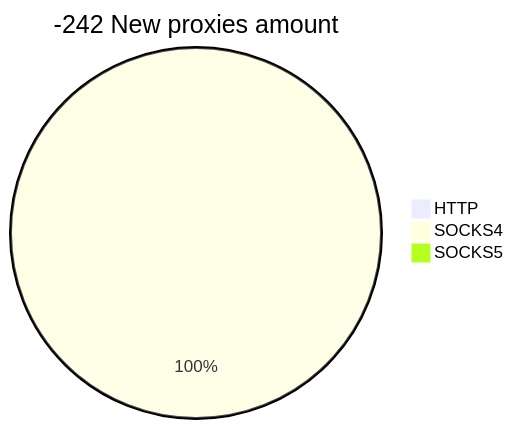
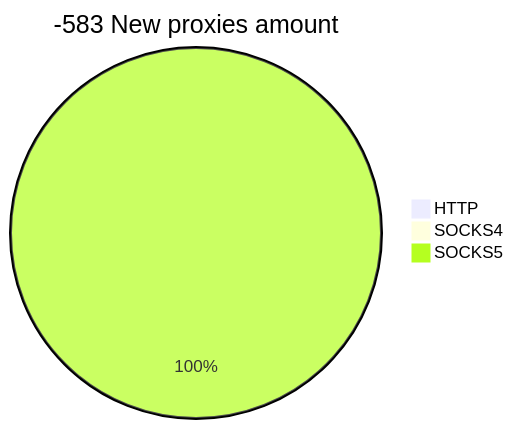
Before and after one commit to cutipu/proxylist: the second of 2 diagrams in README.md, drawn with Mermaid. The commit also changed other lines of this file, not shown here.

````diff
--- a/README.md
+++ b/README.md
@@ -10,6 +10,6 @@
 ```mermaid
-pie title -242 New proxies amount
+pie title -583 New proxies amount
     "HTTP" : 0
-    "SOCKS4" : 2
-    "SOCKS5" : 0
+    "SOCKS4" : 0
+    "SOCKS5" : 120
 ```
````
